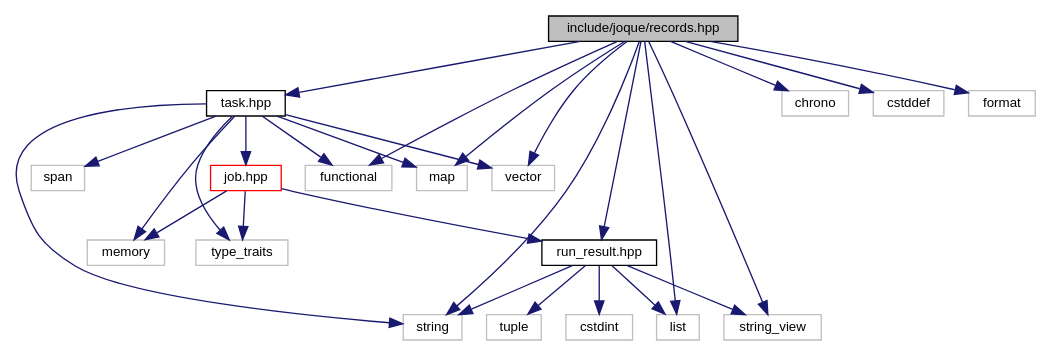
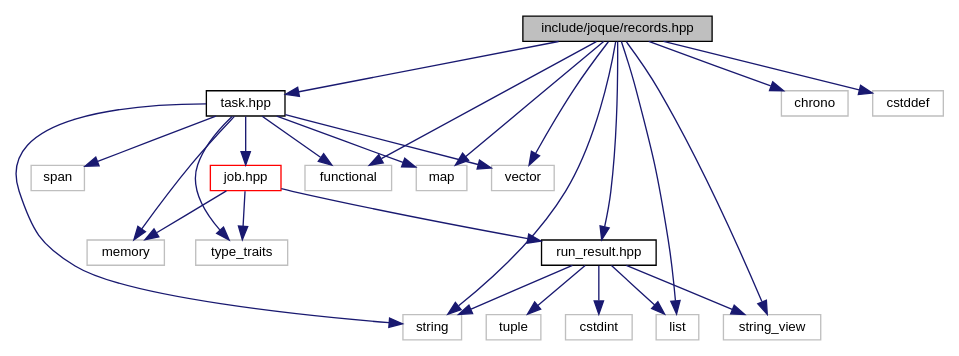
Before and after one commit to koniarik/joque: the diagram in records_8hpp__incl.dot, drawn with Graphviz. The commit also changed 233 other files, not shown here.

```diff
--- a/records_8hpp__incl.dot
+++ b/records_8hpp__incl.dot
@@ -1,51 +1,49 @@
 digraph "include/joque/records.hpp"
 {
  // LATEX_PDF_SIZE
   edge [fontname="Helvetica",fontsize="10",labelfontname="Helvetica",labelfontsize="10"];
   node [fontname="Helvetica",fontsize="10",shape=record];
   Node1 [label="include/joque/records.hpp",height=0.2,width=0.4,color="black", fillcolor="grey75", style="filled", fontcolor="black",tooltip=" "];
   Node1 -> Node2 [color="midnightblue",fontsize="10",style="solid",fontname="Helvetica"];
   Node2 [label="run_result.hpp",height=0.2,width=0.4,color="black", fillcolor="white", style="filled",URL="$run__result_8hpp.html",tooltip=" "];
   Node2 -> Node3 [color="midnightblue",fontsize="10",style="solid",fontname="Helvetica"];
   Node3 [label="cstdint",height=0.2,width=0.4,color="grey75", fillcolor="white", style="filled",tooltip=" "];
   Node2 -> Node4 [color="midnightblue",fontsize="10",style="solid",fontname="Helvetica"];
   Node4 [label="list",height=0.2,width=0.4,color="grey75", fillcolor="white", style="filled",tooltip=" "];
   Node2 -> Node5 [color="midnightblue",fontsize="10",style="solid",fontname="Helvetica"];
   Node5 [label="string",height=0.2,width=0.4,color="grey75", fillcolor="white", style="filled",tooltip=" "];
   Node2 -> Node6 [color="midnightblue",fontsize="10",style="solid",fontname="Helvetica"];
   Node6 [label="string_view",height=0.2,width=0.4,color="grey75", fillcolor="white", style="filled",tooltip=" "];
   Node2 -> Node7 [color="midnightblue",fontsize="10",style="solid",fontname="Helvetica"];
   Node7 [label="tuple",height=0.2,width=0.4,color="grey75", fillcolor="white", style="filled",tooltip=" "];
   Node1 -> Node8 [color="midnightblue",fontsize="10",style="solid",fontname="Helvetica"];
   Node8 [label="task.hpp",height=0.2,width=0.4,color="black", fillcolor="white", style="filled",URL="$task_8hpp.html",tooltip=" "];
   Node8 -> Node9 [color="midnightblue",fontsize="10",style="solid",fontname="Helvetica"];
   Node9 [label="job.hpp",height=0.2,width=0.4,color="red", fillcolor="white", style="filled",URL="$job_8hpp.html",tooltip=" "];
   Node9 -> Node2 [color="midnightblue",fontsize="10",style="solid",fontname="Helvetica"];
   Node9 -> Node11 [color="midnightblue",fontsize="10",style="solid",fontname="Helvetica"];
   Node11 [label="memory",height=0.2,width=0.4,color="grey75", fillcolor="white", style="filled",tooltip=" "];
   Node9 -> Node12 [color="midnightblue",fontsize="10",style="solid",fontname="Helvetica"];
   Node12 [label="type_traits",height=0.2,width=0.4,color="grey75", fillcolor="white", style="filled",tooltip=" "];
   Node8 -> Node13 [color="midnightblue",fontsize="10",style="solid",fontname="Helvetica"];
   Node13 [label="functional",height=0.2,width=0.4,color="grey75", fillcolor="white", style="filled",tooltip=" "];
   Node8 -> Node14 [color="midnightblue",fontsize="10",style="solid",fontname="Helvetica"];
   Node14 [label="map",height=0.2,width=0.4,color="grey75", fillcolor="white", style="filled",tooltip=" "];
   Node8 -> Node11 [color="midnightblue",fontsize="10",style="solid",fontname="Helvetica"];
   Node8 -> Node15 [color="midnightblue",fontsize="10",style="solid",fontname="Helvetica"];
   Node15 [label="span",height=0.2,width=0.4,color="grey75", fillcolor="white", style="filled",tooltip=" "];
   Node8 -> Node5 [color="midnightblue",fontsize="10",style="solid",fontname="Helvetica"];
   Node8 -> Node12 [color="midnightblue",fontsize="10",style="solid",fontname="Helvetica"];
   Node8 -> Node16 [color="midnightblue",fontsize="10",style="solid",fontname="Helvetica"];
   Node16 [label="vector",height=0.2,width=0.4,color="grey75", fillcolor="white", style="filled",tooltip=" "];
   Node1 -> Node17 [color="midnightblue",fontsize="10",style="solid",fontname="Helvetica"];
   Node17 [label="chrono",height=0.2,width=0.4,color="grey75", fillcolor="white", style="filled",tooltip=" "];
   Node1 -> Node18 [color="midnightblue",fontsize="10",style="solid",fontname="Helvetica"];
   Node18 [label="cstddef",height=0.2,width=0.4,color="grey75", fillcolor="white", style="filled",tooltip=" "];
-  Node1 -> Node19 [color="midnightblue",fontsize="10",style="solid",fontname="Helvetica"];
-  Node19 [label="format",height=0.2,width=0.4,color="grey75", fillcolor="white", style="filled",tooltip=" "];
   Node1 -> Node13 [color="midnightblue",fontsize="10",style="solid",fontname="Helvetica"];
   Node1 -> Node4 [color="midnightblue",fontsize="10",style="solid",fontname="Helvetica"];
   Node1 -> Node14 [color="midnightblue",fontsize="10",style="solid",fontname="Helvetica"];
   Node1 -> Node5 [color="midnightblue",fontsize="10",style="solid",fontname="Helvetica"];
   Node1 -> Node6 [color="midnightblue",fontsize="10",style="solid",fontname="Helvetica"];
   Node1 -> Node16 [color="midnightblue",fontsize="10",style="solid",fontname="Helvetica"];
 }
```
